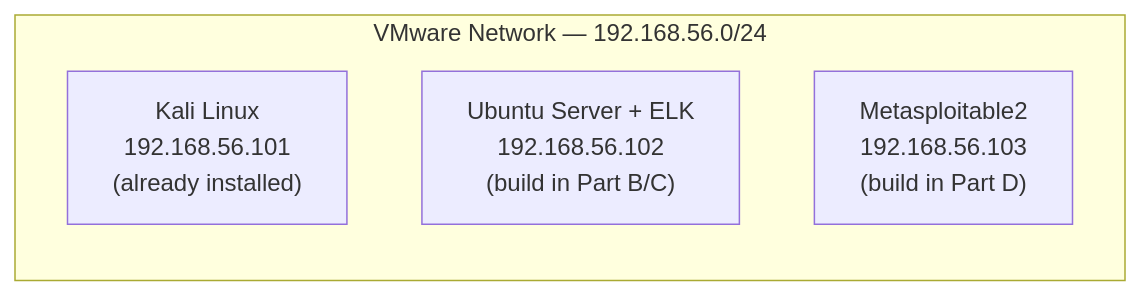
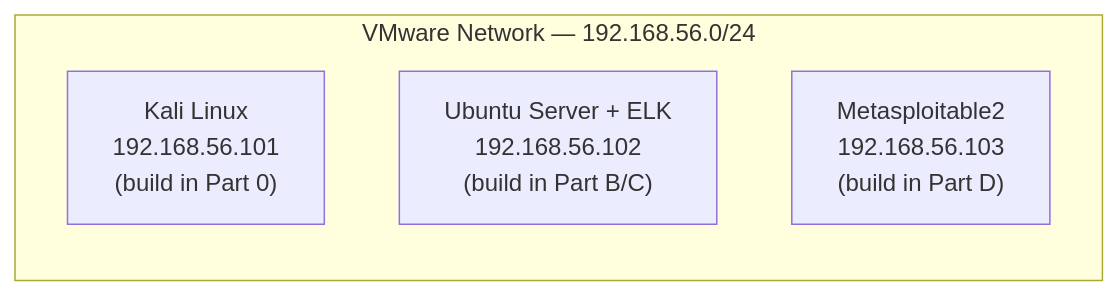
The diagram in 00-Environment-Setup/README.md (PurpleDefender249/Purple-Labs), drawn with Mermaid before and after one commit. The commit also changed other lines of this file and 25 other files, not shown here.

````diff
--- a/00-Environment-Setup/README.md
+++ b/00-Environment-Setup/README.md
@@ -8,8 +8,8 @@
 ```mermaid
 flowchart LR
     subgraph "VMware Network — 192.168.56.0/24"
-        K["Kali Linux\n192.168.56.101\n(already installed)"]
+        K["Kali Linux\n192.168.56.101\n(build in Part 0)"]
         U["Ubuntu Server + ELK\n192.168.56.102\n(build in Part B/C)"]
         M["Metasploitable2\n192.168.56.103\n(build in Part D)"]
     end
 ```
````
